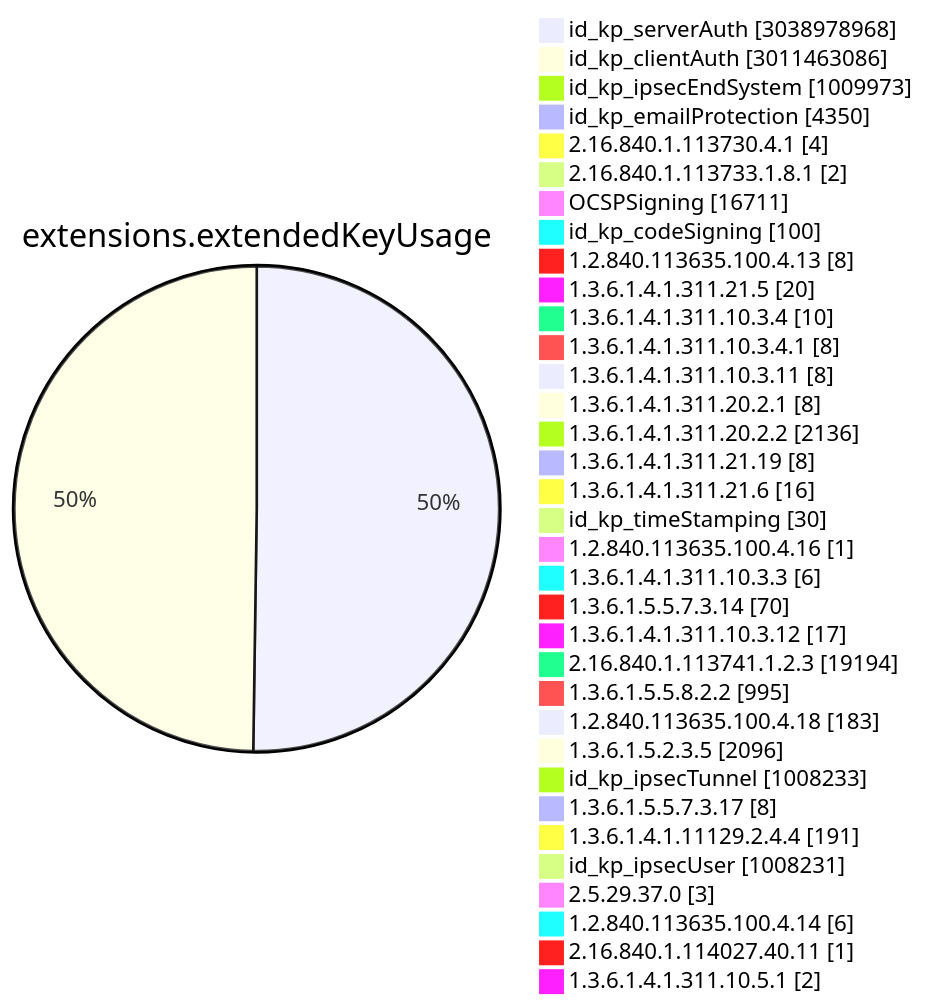
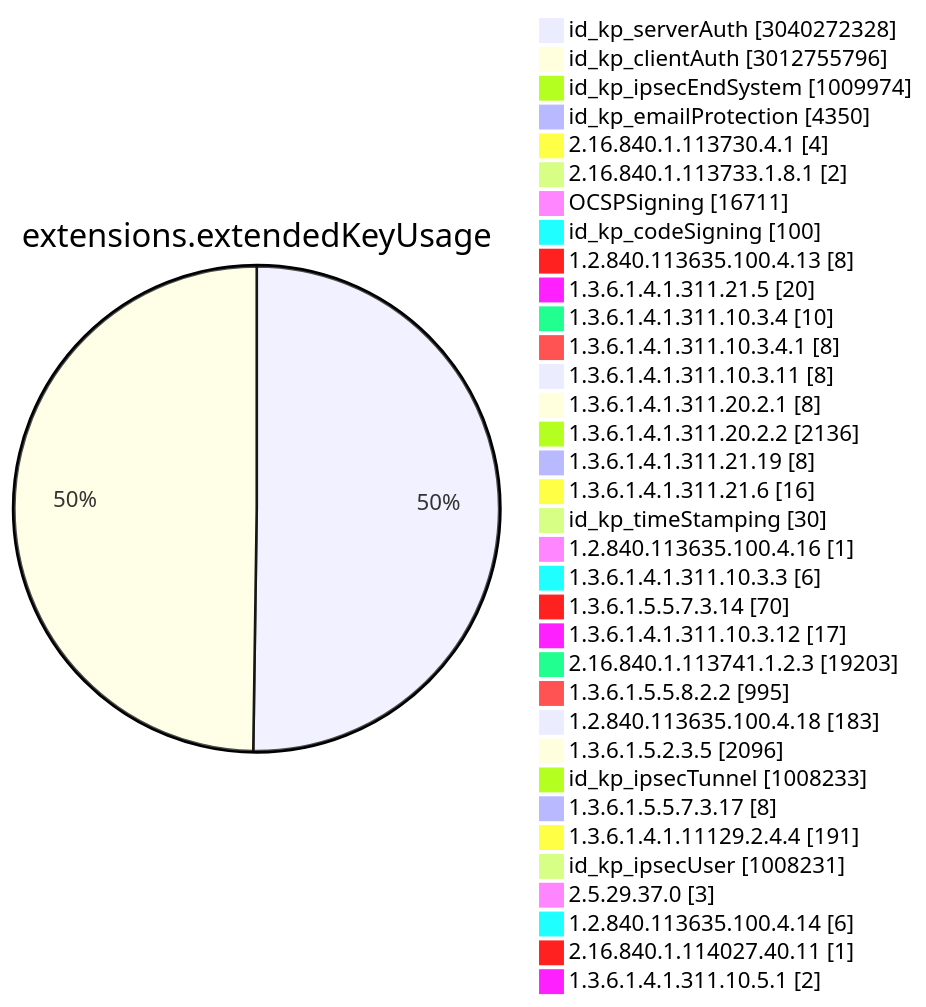
Diagram 11 of 15 in TOTAL/README.md (christiankrug/ctmonitor_visualization), drawn with Mermaid before and after one commit. The commit also changed other lines of this file, not shown here.

````diff
--- a/TOTAL/README.md
+++ b/TOTAL/README.md
@@ -4111,38 +4113,38 @@
 ```mermaid
 pie showData
 title extensions.extendedKeyUsage
-"id_kp_serverAuth" :3038978968
-"id_kp_clientAuth" :3011463086
-"id_kp_ipsecEndSystem" :1009973
+"id_kp_serverAuth" :3040272328
+"id_kp_clientAuth" :3012755796
+"id_kp_ipsecEndSystem" :1009974
 "id_kp_emailProtection" :4350
 "2.16.840.1.113730.4.1" :4
 "2.16.840.1.113733.1.8.1" :2
 "OCSPSigning" :16711
 "id_kp_codeSigning" :100
 "1.2.840.113635.100.4.13" :8
 "1.3.6.1.4.1.311.21.5" :20
 "1.3.6.1.4.1.311.10.3.4" :10
 "1.3.6.1.4.1.311.10.3.4.1" :8
 "1.3.6.1.4.1.311.10.3.11" :8
 "1.3.6.1.4.1.311.20.2.1" :8
 "1.3.6.1.4.1.311.20.2.2" :2136
 "1.3.6.1.4.1.311.21.19" :8
 "1.3.6.1.4.1.311.21.6" :16
 "id_kp_timeStamping" :30
 "1.2.840.113635.100.4.16" :1
 "1.3.6.1.4.1.311.10.3.3" :6
 "1.3.6.1.5.5.7.3.14" :70
 "1.3.6.1.4.1.311.10.3.12" :17
-"2.16.840.1.113741.1.2.3" :19194
+"2.16.840.1.113741.1.2.3" :19203
 "1.3.6.1.5.5.8.2.2" :995
 "1.2.840.113635.100.4.18" :183
 "1.3.6.1.5.2.3.5" :2096
 "id_kp_ipsecTunnel" :1008233
 "1.3.6.1.5.5.7.3.17" :8
 "1.3.6.1.4.1.11129.2.4.4" :191
 "id_kp_ipsecUser" :1008231
 "2.5.29.37.0" :3
 "1.2.840.113635.100.4.14" :6
 "2.16.840.1.114027.40.11" :1
 "1.3.6.1.4.1.311.10.5.1" :2
 ```
````
